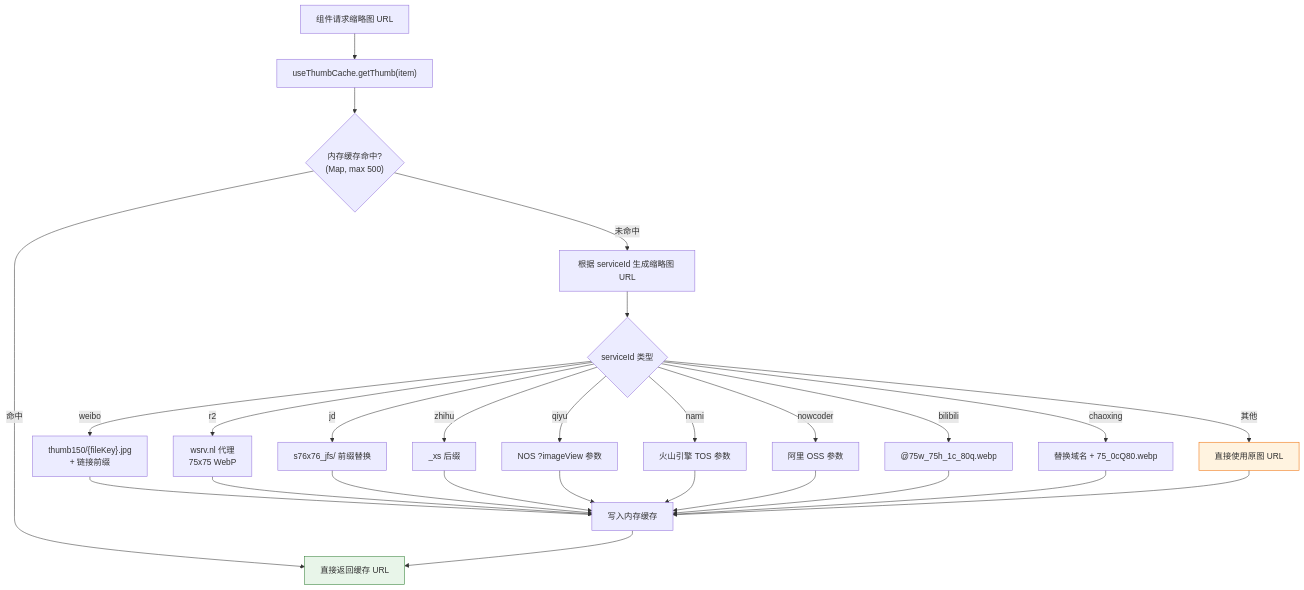
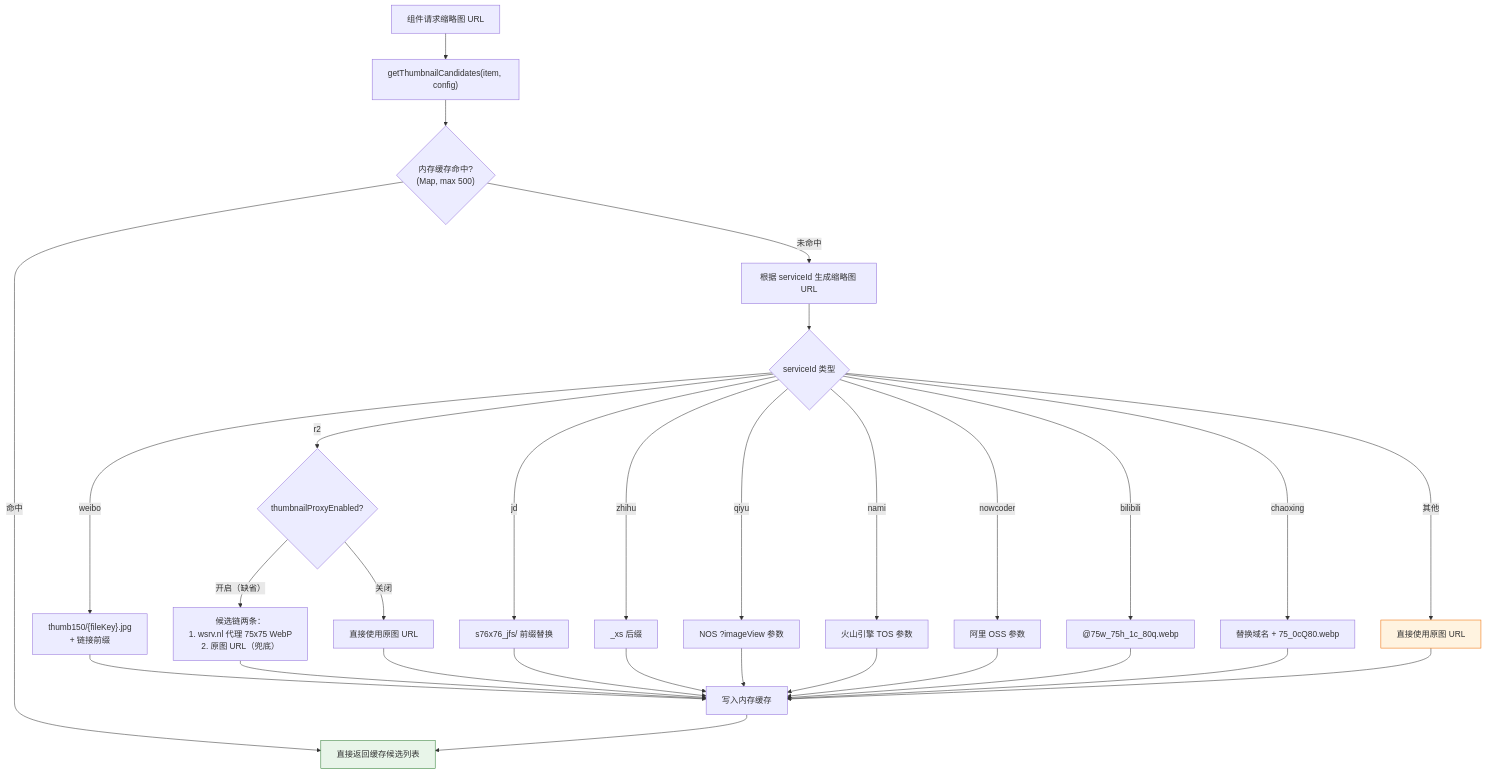
One commit to joeyliu6/PicNexus changed the fourth of 4 diagrams in docs/flows/data-persistence.md. Above: the diagram before and after it, drawn with Mermaid. The commit also changed other lines of this file and 8 other files, not shown here.

````diff
--- a/docs/flows/data-persistence.md
+++ b/docs/flows/data-persistence.md
@@ -142,26 +142,28 @@
 ```mermaid
 flowchart TD
-    A[组件请求缩略图 URL] --> B[useThumbCache.getThumb&lpar;item&rpar;]
+    A[组件请求缩略图 URL] --> B[getThumbnailCandidates&lpar;item, config&rpar;]
     B --> C{"内存缓存命中?<br/>(Map, max 500)"}
-    C -- 命中 --> D[直接返回缓存 URL]
+    C -- 命中 --> D[直接返回缓存候选列表]
     C -- 未命中 --> E[根据 serviceId 生成缩略图 URL]
 
     E --> F{serviceId 类型}
 
     F -- weibo --> G1["thumb150/{fileKey}.jpg<br/>+ 链接前缀"]
-    F -- r2 --> G2["wsrv.nl 代理<br/>75x75 WebP"]
+    F -- r2 --> G2{"thumbnailProxyEnabled?"}
+    G2 -- 开启（缺省） --> G2a["候选链两条：<br/>1. wsrv.nl 代理 75x75 WebP<br/>2. 原图 URL（兜底）"]
+    G2 -- 关闭 --> G2b["直接使用原图 URL"]
     F -- jd --> G3["s76x76_jfs/ 前缀替换"]
     F -- zhihu --> G4["_xs 后缀"]
     F -- qiyu --> G5["NOS ?imageView 参数"]
     F -- nami --> G6["火山引擎 TOS 参数"]
     F -- nowcoder --> G7["阿里 OSS 参数"]
     F -- bilibili --> G8["@75w_75h_1c_80q.webp"]
     F -- chaoxing --> G9["替换域名 + 75_0cQ80.webp"]
     F -- 其他 --> G10[直接使用原图 URL]
 
-    G1 & G2 & G3 & G4 & G5 & G6 & G7 & G8 & G9 & G10 --> H[写入内存缓存]
+    G1 & G2a & G2b & G3 & G4 & G5 & G6 & G7 & G8 & G9 & G10 --> H[写入内存缓存]
     H --> D
 
     style D fill:#e8f5e9,stroke:#2e7d32
     style G10 fill:#fff3e0,stroke:#ef6c00
 ```
````
